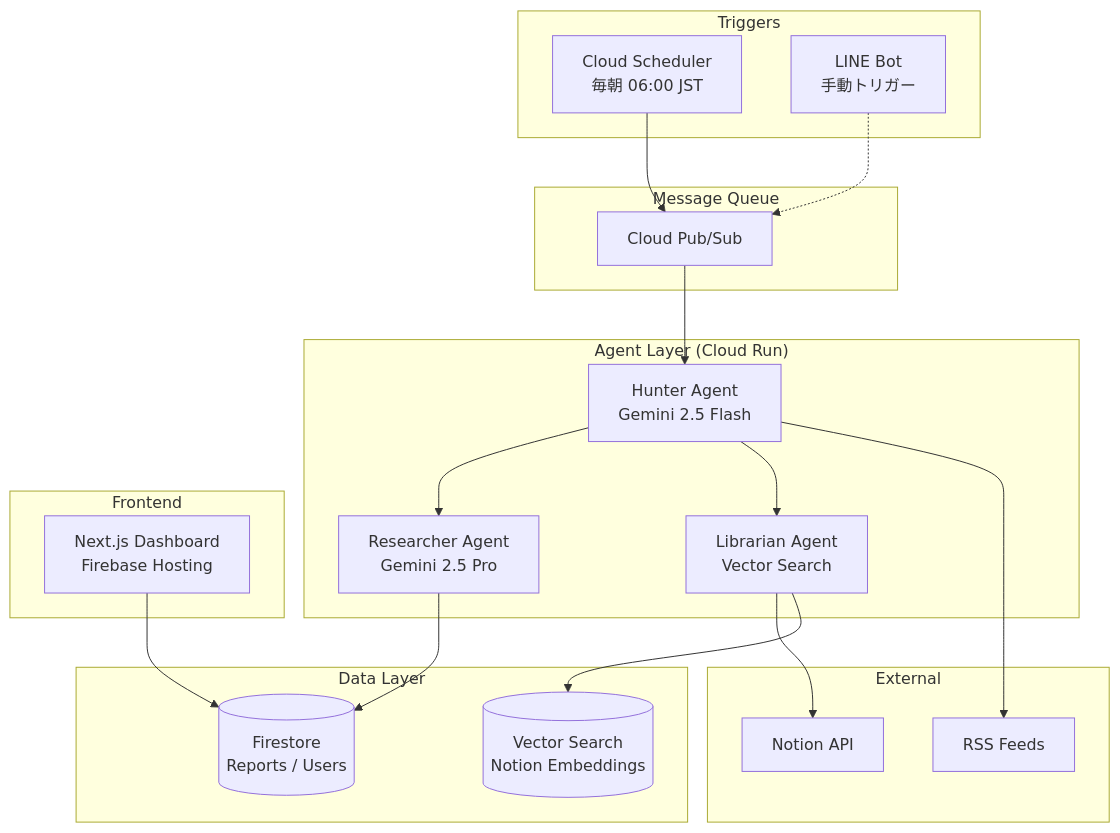
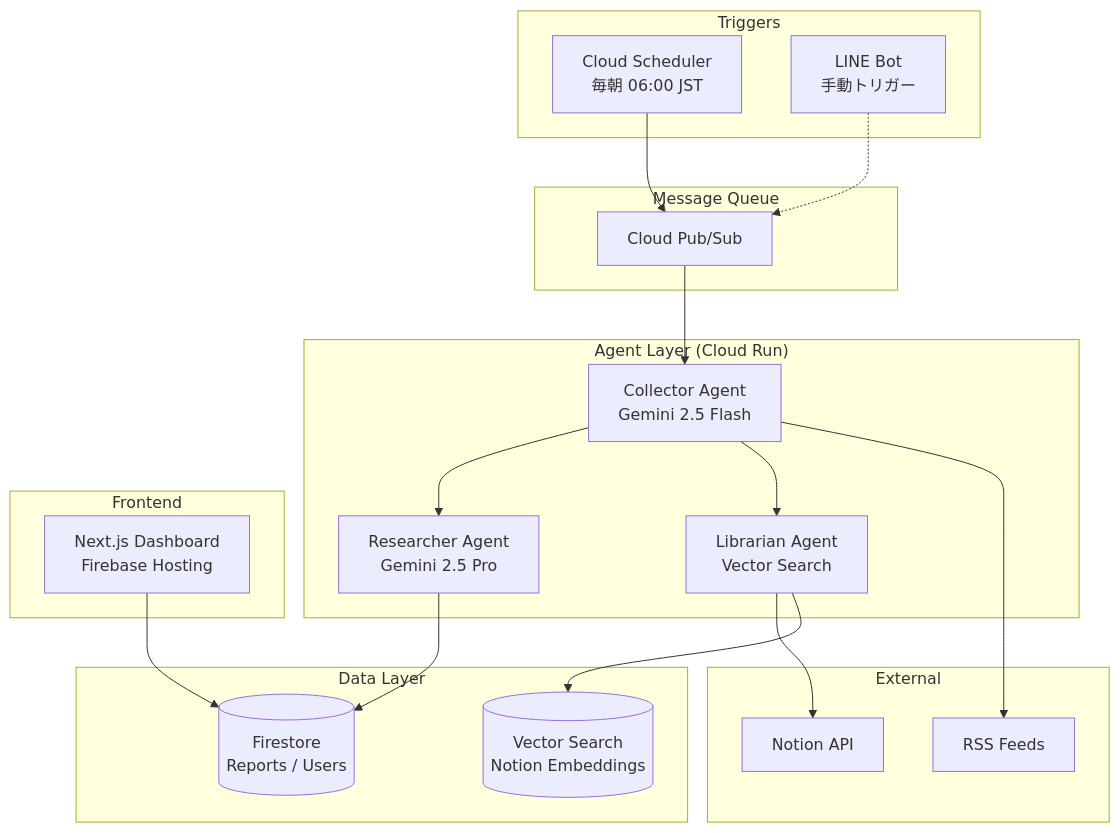
Before and after one commit to Renz0043/curation-persona: the first of 2 diagrams in docs/Design_doc.md, drawn with Mermaid. The commit also changed other lines of this file and 5 other files, not shown here.

````diff
--- a/docs/Design_doc.md
+++ b/docs/Design_doc.md
@@ -29,44 +29,44 @@
 ```mermaid
 graph TD
     subgraph "Triggers"
         Scheduler[Cloud Scheduler<br/>毎朝 06:00 JST]
         LineBot[LINE Bot<br/>手動トリガー]
     end
 
     subgraph "Message Queue"
         PubSub[Cloud Pub/Sub]
     end
 
     subgraph "Agent Layer (Cloud Run)"
-        Hunter[Hunter Agent<br/>Gemini 2.5 Flash]
+        Collector[Collector Agent<br/>Gemini 2.5 Flash]
         Librarian[Librarian Agent<br/>Vector Search]
         Researcher[Researcher Agent<br/>Gemini 2.5 Pro]
     end
 
     subgraph "Data Layer"
         Firestore[(Firestore<br/>Reports / Users)]
         VectorDB[(Vector Search<br/>Notion Embeddings)]
     end
 
     subgraph "External"
         RSS[RSS Feeds]
         Notion[Notion API]
     end
 
     subgraph "Frontend"
         Dashboard[Next.js Dashboard<br/>Firebase Hosting]
     end
 
     Scheduler --> PubSub
     LineBot -.-> PubSub
 
-    PubSub --> Hunter
-    Hunter --> RSS
-    Hunter --> Librarian
+    PubSub --> Collector
+    Collector --> RSS
+    Collector --> Librarian
     Librarian --> VectorDB
     Librarian --> Notion
-    Hunter --> Researcher
+    Collector --> Researcher
     Researcher --> Firestore
 
     Dashboard --> Firestore
 ```
````
